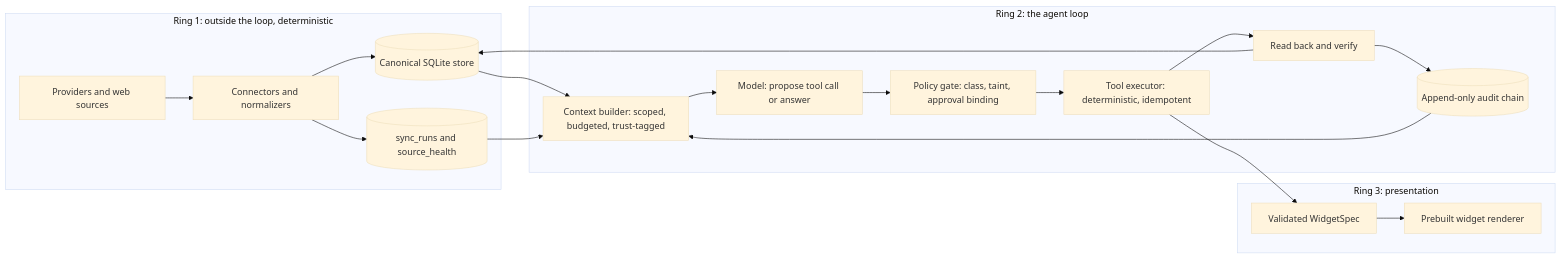
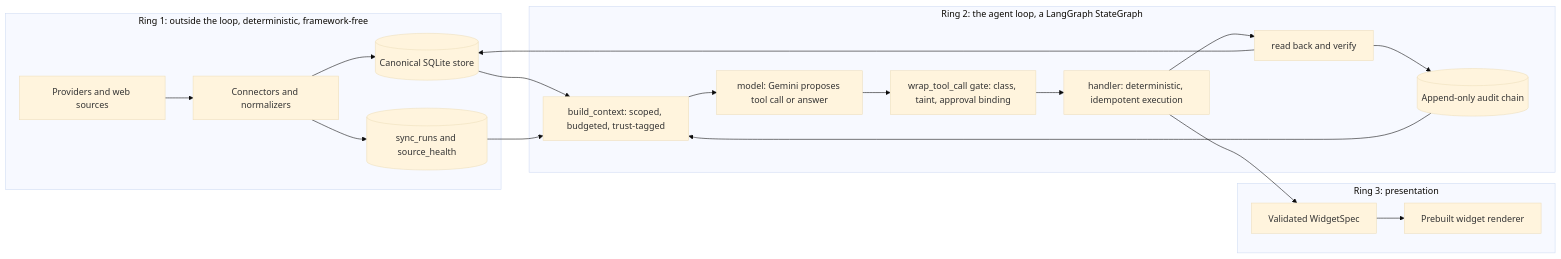
The first of 3 diagrams in .cursor/plans/bifrost_agentic_assistant_72142ad7.plan.md (yqliukev/bifrost), drawn with Mermaid (base theme) before and after one commit. The commit also changed other lines of this file and 1 other file, not shown here.

````diff
--- a/.cursor/plans/bifrost_agentic_assistant_72142ad7.plan.md
+++ b/.cursor/plans/bifrost_agentic_assistant_72142ad7.plan.md
@@ -50,25 +92,25 @@
 ```mermaid
 flowchart LR
-  subgraph ring1 [Ring 1: outside the loop, deterministic]
+  subgraph ring1 [Ring 1: outside the loop, deterministic, framework-free]
     Providers[Providers and web sources] --> Connectors[Connectors and normalizers]
     Connectors --> Store[(Canonical SQLite store)]
     Connectors --> Health[(sync_runs and source_health)]
   end
-  subgraph ring2 [Ring 2: the agent loop]
-    Ctx[Context builder: scoped, budgeted, trust-tagged]
-    Ctx --> Model[Model: propose tool call or answer]
-    Model --> Gate[Policy gate: class, taint, approval binding]
-    Gate --> Exec[Tool executor: deterministic, idempotent]
-    Exec --> Verify[Read back and verify]
+  subgraph ring2 [Ring 2: the agent loop, a LangGraph StateGraph]
+    Ctx[build_context: scoped, budgeted, trust-tagged]
+    Ctx --> Model[model: Gemini proposes tool call or answer]
+    Model --> Gate[wrap_tool_call gate: class, taint, approval binding]
+    Gate --> Exec[handler: deterministic, idempotent execution]
+    Exec --> Verify[read back and verify]
     Verify --> Audit[(Append-only audit chain)]
   end
   subgraph ring3 [Ring 3: presentation]
     Spec[Validated WidgetSpec]
     Spec --> Renderer[Prebuilt widget renderer]
   end
   Store --> Ctx
   Health --> Ctx
   Audit --> Ctx
   Verify --> Store
   Exec --> Spec
 ```
````
